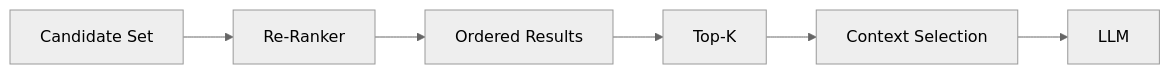
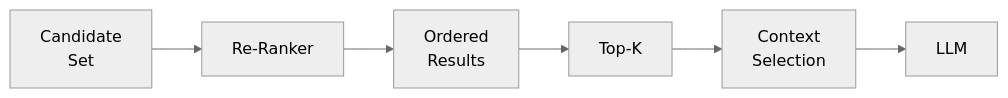
One commit to MihirKJha/enterprise-ai-blog changed the sixth of 10 diagrams in docs/architecture-insights/genai-and-rag/3.5_architecting_multi_stage_retrieval_from_recall_to_precision.md. Above: the diagram before and after it, drawn with Mermaid (neutral theme). The commit also changed other lines of this file and 1 other file, not shown here.

````diff
--- a/docs/architecture-insights/genai-and-rag/3.5_architecting_multi_stage_retrieval_from_recall_to_precision.md
+++ b/docs/architecture-insights/genai-and-rag/3.5_architecting_multi_stage_retrieval_from_recall_to_precision.md
@@ -443,8 +443,8 @@
 ```mermaid
 flowchart LR
-    C[Candidate Set] --> R[Re-Ranker]
-    R --> O[Ordered Results]
+    C[Candidate<br/>Set] --> R[Re-Ranker]
+    R --> O[Ordered<br/>Results]
     O --> K[Top-K]
-    K --> X[Context Selection]
+    K --> X[Context<br/>Selection]
     X --> L[LLM]
 ```
````
